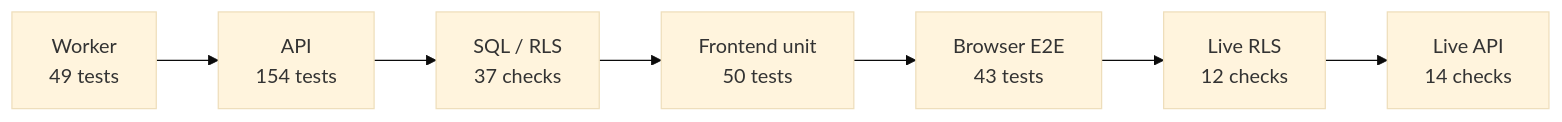
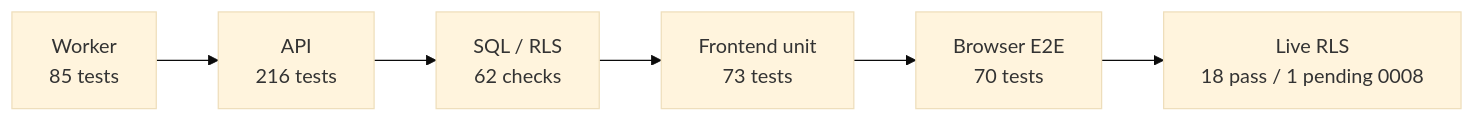
The fourth of 4 diagrams in README.md (kanishk3114S/Visualify), drawn with Mermaid (base theme) before and after one commit. The commit also changed other lines of this file and 133 other files, not shown here.

````diff
--- a/README.md
+++ b/README.md
@@ -339,5 +350,5 @@
 ```mermaid
 flowchart LR
-    A["Worker<br/>49 tests"] --> B["API<br/>154 tests"] --> C["SQL / RLS<br/>37 checks"] --> D["Frontend unit<br/>50 tests"] --> E["Browser E2E<br/>43 tests"]
-    E --> F["Live RLS<br/>12 checks"] --> G["Live API<br/>14 checks"]
+    A["Worker<br/>85 tests"] --> B["API<br/>216 tests"] --> C["SQL / RLS<br/>62 checks"] --> D["Frontend unit<br/>73 tests"] --> E["Browser E2E<br/>70 tests"]
+    E --> F["Live RLS<br/>18 pass / 1 pending 0008"]
 ```
````
